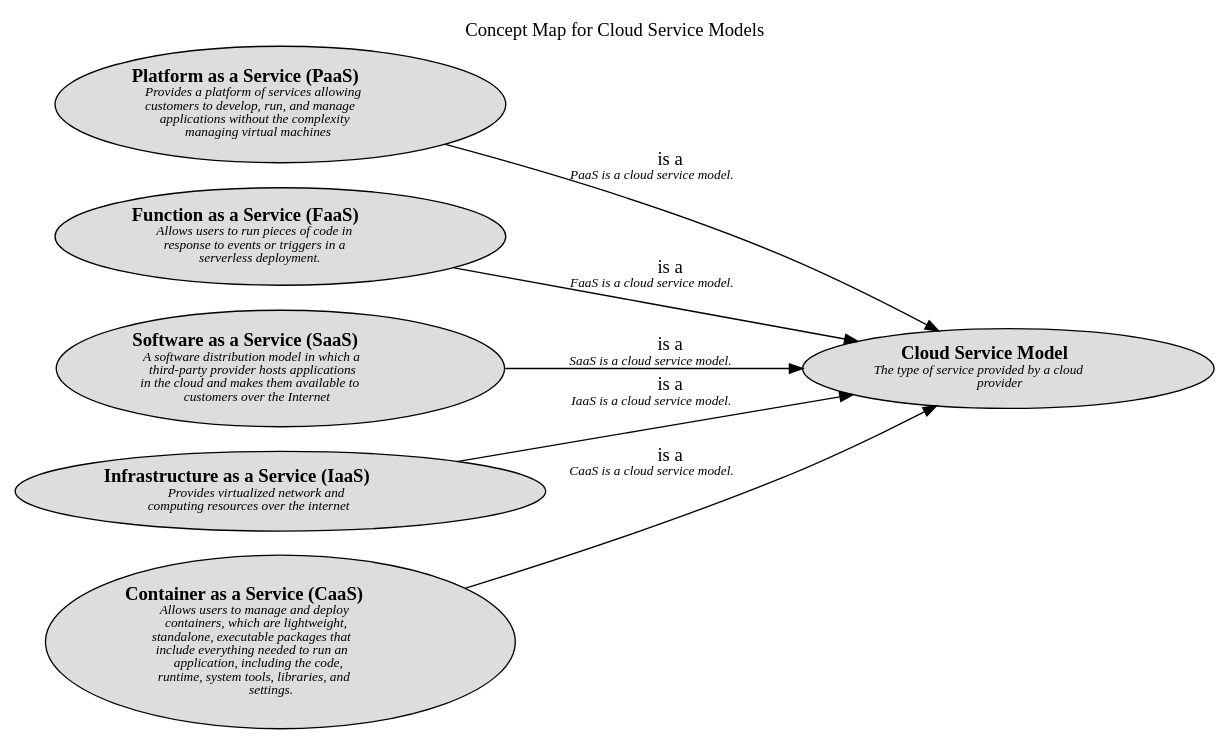
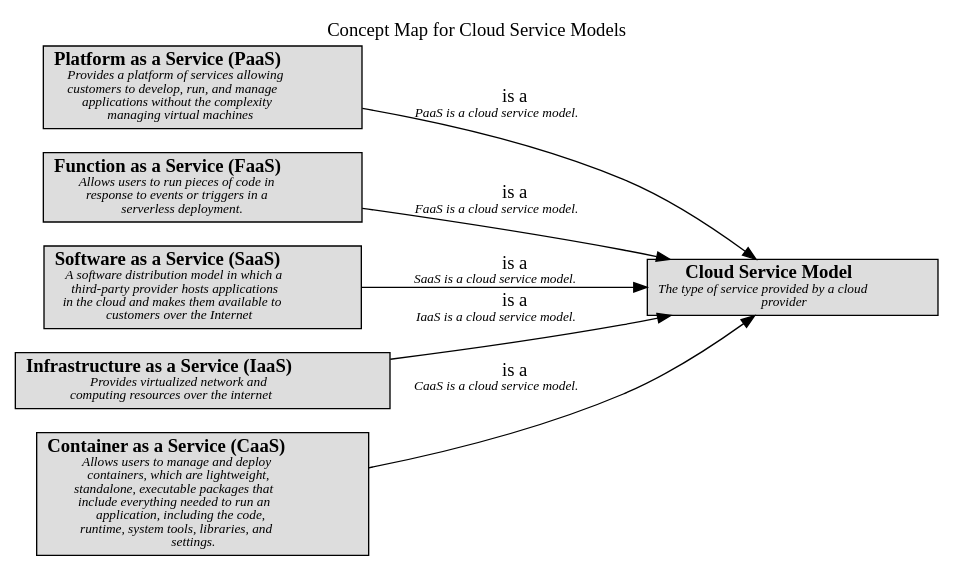
Before and after one commit to lsolbach/overarch-models: the diagram in docs/software-development/cloud/service-model/concept-view.dot, drawn with Graphviz. The commit also changed 57 other files, not shown here.

```diff
--- a/docs/software-development/cloud/service-model/concept-view.dot
+++ b/docs/software-development/cloud/service-model/concept-view.dot
@@ -1,22 +1,22 @@
 digraph "Concept Map for Cloud Service Models" {
   labelloc= "t"
   label="Concept Map for Cloud Service Models"
   rankdir="LR"
 
   layout=dot
-software_development_cloud_service_model__paas [shape=ellipse style=filled fillcolor="#dddddd" label=<<B>Platform as a Service (PaaS)</B><BR/><FONT POINT-SIZE="10"><I>Provides a platform of services allowing<BR/>customers to develop, run, and manage<BR/>applications without the complexity<BR/>managing virtual machines </I></FONT>>]
-software_development_cloud_service_model__faas [shape=ellipse style=filled fillcolor="#dddddd" label=<<B>Function as a Service (FaaS)</B><BR/><FONT POINT-SIZE="10"><I>Allows users to run pieces of code in<BR/>response to events or triggers in a<BR/>serverless deployment. </I></FONT>>]
-software_development_cloud_service_model__saas [shape=ellipse style=filled fillcolor="#dddddd" label=<<B>Software as a Service (SaaS)</B><BR/><FONT POINT-SIZE="10"><I>A software distribution model in which a<BR/>third-party provider hosts applications<BR/>in the cloud and makes them available to<BR/>customers over the Internet </I></FONT>>]
-software_development_cloud_service_model__iaas [shape=ellipse style=filled fillcolor="#dddddd" label=<<B>Infrastructure as a Service (IaaS)</B><BR/><FONT POINT-SIZE="10"><I>Provides virtualized network and<BR/>computing resources over the internet </I></FONT>>]
-software_development_cloud_service_model__caas [shape=ellipse style=filled fillcolor="#dddddd" label=<<B>Container as a Service (CaaS)</B><BR/><FONT POINT-SIZE="10"><I>Allows users to manage and deploy<BR/>containers, which are lightweight,<BR/>standalone, executable packages that<BR/>include everything needed to run an<BR/>application, including the code,<BR/>runtime, system tools, libraries, and<BR/>settings. </I></FONT>>]
-software_development_cloud__cloud_service_model [shape=ellipse style=filled fillcolor="#dddddd" label=<<B>Cloud Service Model</B><BR/><FONT POINT-SIZE="10"><I>The type of service provided by a cloud<BR/>provider </I></FONT>>]
+software_development_cloud_service_model__paas [shape=box style=filled fillcolor="#dddddd" label=<<B>Platform as a Service (PaaS)</B><BR/><FONT POINT-SIZE="10"><I>Provides a platform of services allowing<BR/>customers to develop, run, and manage<BR/>applications without the complexity<BR/>managing virtual machines </I></FONT>>]
+software_development_cloud_service_model__faas [shape=box style=filled fillcolor="#dddddd" label=<<B>Function as a Service (FaaS)</B><BR/><FONT POINT-SIZE="10"><I>Allows users to run pieces of code in<BR/>response to events or triggers in a<BR/>serverless deployment. </I></FONT>>]
+software_development_cloud_service_model__saas [shape=box style=filled fillcolor="#dddddd" label=<<B>Software as a Service (SaaS)</B><BR/><FONT POINT-SIZE="10"><I>A software distribution model in which a<BR/>third-party provider hosts applications<BR/>in the cloud and makes them available to<BR/>customers over the Internet </I></FONT>>]
+software_development_cloud_service_model__iaas [shape=box style=filled fillcolor="#dddddd" label=<<B>Infrastructure as a Service (IaaS)</B><BR/><FONT POINT-SIZE="10"><I>Provides virtualized network and<BR/>computing resources over the internet </I></FONT>>]
+software_development_cloud_service_model__caas [shape=box style=filled fillcolor="#dddddd" label=<<B>Container as a Service (CaaS)</B><BR/><FONT POINT-SIZE="10"><I>Allows users to manage and deploy<BR/>containers, which are lightweight,<BR/>standalone, executable packages that<BR/>include everything needed to run an<BR/>application, including the code,<BR/>runtime, system tools, libraries, and<BR/>settings. </I></FONT>>]
+software_development_cloud__cloud_service_model [shape=box style=filled fillcolor="#dddddd" label=<<B>Cloud Service Model</B><BR/><FONT POINT-SIZE="10"><I>The type of service provided by a cloud<BR/>provider </I></FONT>>]
  
 software_development_cloud_service_model__iaas -> software_development_cloud__cloud_service_model [label=<is a<BR/><FONT POINT-SIZE="10"><I>IaaS is a cloud service model. </I></FONT>>]
 software_development_cloud_service_model__faas -> software_development_cloud__cloud_service_model [label=<is a<BR/><FONT POINT-SIZE="10"><I>FaaS is a cloud service model. </I></FONT>>]
 software_development_cloud_service_model__saas -> software_development_cloud__cloud_service_model [label=<is a<BR/><FONT POINT-SIZE="10"><I>SaaS is a cloud service model. </I></FONT>>]
 software_development_cloud_service_model__paas -> software_development_cloud__cloud_service_model [label=<is a<BR/><FONT POINT-SIZE="10"><I>PaaS is a cloud service model. </I></FONT>>]
 software_development_cloud_service_model__caas -> software_development_cloud__cloud_service_model [label=<is a<BR/><FONT POINT-SIZE="10"><I>CaaS is a cloud service model. </I></FONT>>]
  
 }
 
 // (generated by Overarch with template views/view.dot.cmb)
```
